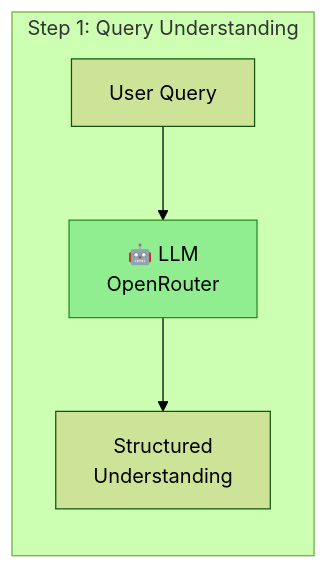
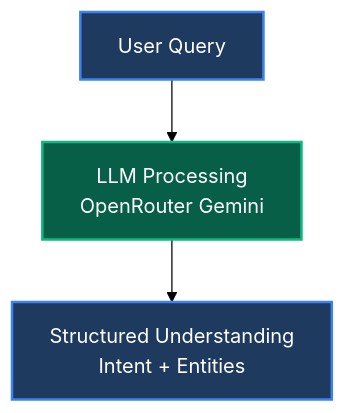
The fifth of 22 diagrams in docs/roadmap/RAG_V6.md (RaulJuliosIglesias/ai-powered_cv_screener), drawn with Mermaid (forest theme) before and after one commit. The commit also changed other lines of this file, not shown here.

````diff
--- a/docs/roadmap/RAG_V6.md
+++ b/docs/roadmap/RAG_V6.md
@@ -139,9 +135,9 @@
 ```mermaid
-flowchart LR
-    subgraph Step1["Step 1: Query Understanding"]
-        Input["User Query"] --> LLM["🤖 LLM<br/>OpenRouter"]
-        LLM --> Output["Structured<br/>Understanding"]
-    end
+flowchart TB
+    A[User Query] --> B[LLM Processing<br/>OpenRouter Gemini]
+    B --> C[Structured Understanding<br/>Intent + Entities]
     
-    style LLM fill:#90EE90,stroke:#228B22
+    style A fill:#1e3a5f,stroke:#3b82f6,stroke-width:2px,color:#ffffff
+    style B fill:#065f46,stroke:#10b981,stroke-width:2px,color:#ffffff
+    style C fill:#1e3a5f,stroke:#3b82f6,stroke-width:2px,color:#ffffff
 ```
````
